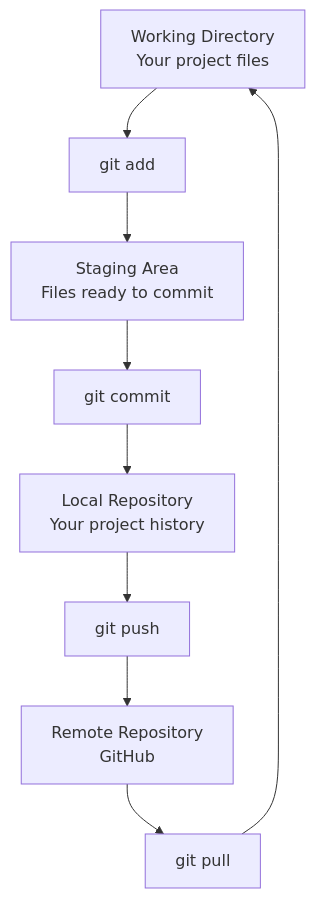
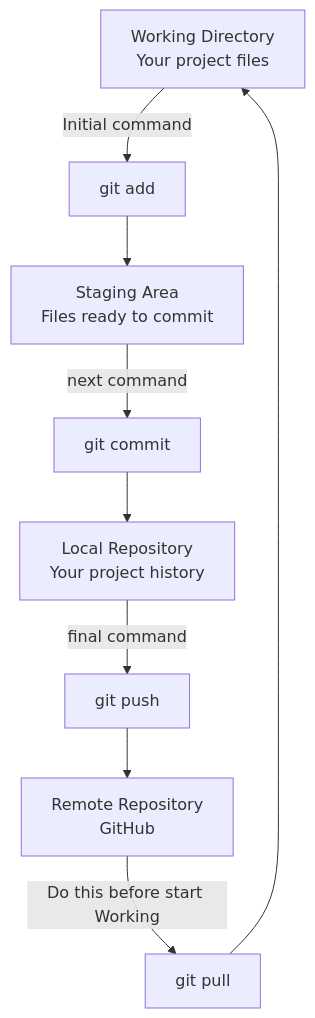
The second of 4 diagrams in git_github_guide.qmd (mfbenitezp/GG3209_Labs), drawn with Mermaid before and after one commit. The commit also changed other lines of this file and 4 other files, not shown here.

Commit message:
fixing some diagrams and typos

````diff
--- a/git_github_guide.qmd
+++ b/git_github_guide.qmd
@@ -79,14 +83,14 @@
 ```{mermaid}
 %%| fig-cap: "Basic Git Workflow"
 %%| fig-align: center
 
 flowchart TD
-    A[Working Directory<br/>Your project files] --> B[git add]
+    A[Working Directory<br/>Your project files] --> |Initial command| B[git add]
     B --> C[Staging Area<br/>Files ready to commit]
-    C --> D[git commit]
+    C --> |next command| D[git commit]
     D --> E[Local Repository<br/>Your project history]
-    E --> F[git push]
+    E --> |final command| F[git push]
     F --> G[Remote Repository<br/>GitHub]
-    G --> H[git pull]
+    G --> |Do this before start Working| H[git pull]
     H --> A
 ```
````
